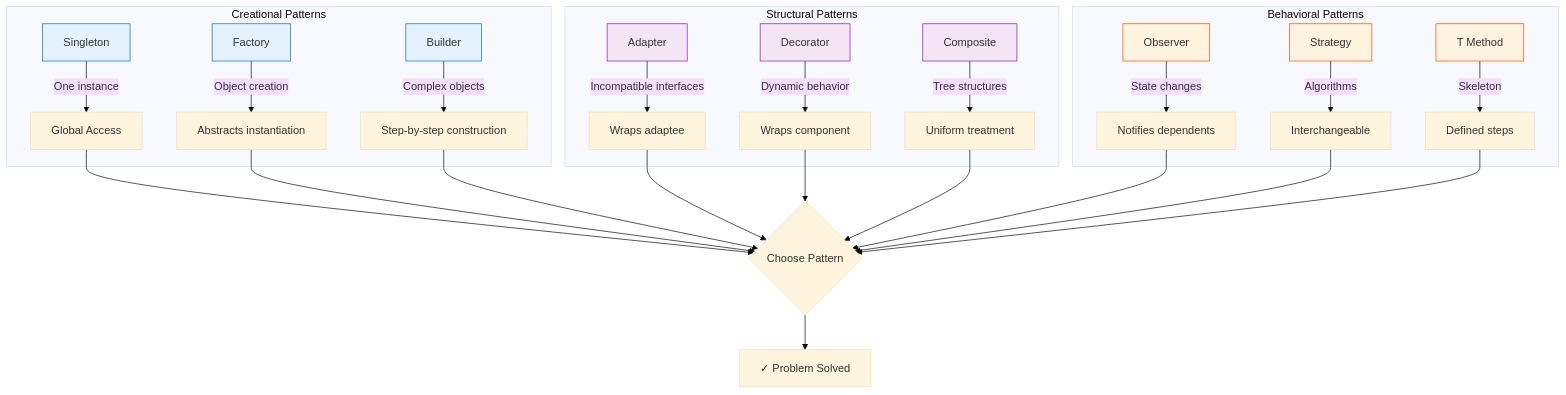
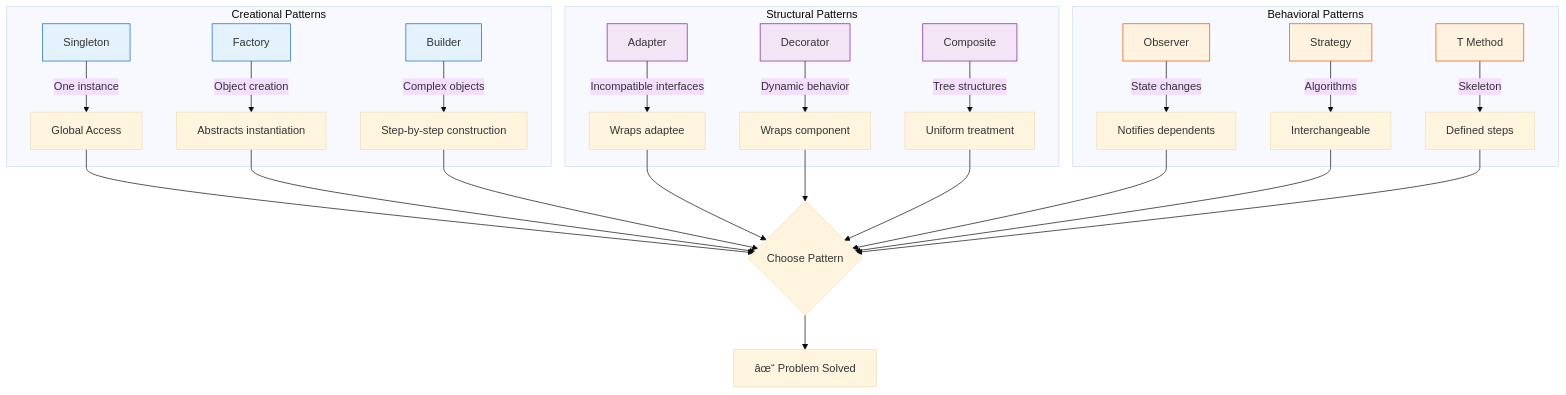
One commit to Raushan666java/ai-engineering-journey changed the second of 3 diagrams in docs/courses/software-engineering/05-design-implementation.md. Above: the diagram before and after it, drawn with Mermaid (base theme). The commit also changed other lines of this file and 735 other files, not shown here.

````diff
--- a/docs/courses/software-engineering/05-design-implementation.md
+++ b/docs/courses/software-engineering/05-design-implementation.md
@@ -617,36 +617,36 @@
 ```mermaid
 graph TD
     classDef creational fill:#e3f2fd,stroke:#1565c0
     classDef structural fill:#f3e5f5,stroke:#7b1fa2
     classDef behavioral fill:#fff3e0,stroke:#e65100
 
     subgraph "Creational Patterns"
         SING[Singleton]:::creational -->|One instance| GLOBAL[Global Access]
         FACT[Factory]:::creational -->|Object creation| ABSTRACT[Abstracts instantiation]
         BUILD[Builder]:::creational -->|Complex objects| STEPWISE[Step-by-step construction]
     end
 
     subgraph "Structural Patterns"
         ADAPT[Adapter]:::structural -->|Incompatible interfaces| WRAP[Wraps adaptee]
         DECOR[Decorator]:::structural -->|Dynamic behavior| WRAP2[Wraps component]
         COMP[Composite]:::structural -->|Tree structures| UNIFORM[Uniform treatment]
     end
 
     subgraph "Behavioral Patterns"
         OBS[Observer]:::behavioral -->|State changes| NOTIFY[Notifies dependents]
         STRAT[Strategy]:::behavioral -->|Algorithms| INTERCHANGE[Interchangeable]
         TEMPL[T Method]:::behavioral -->|Skeleton| STEPS[Defined steps]
     end
 
     GLOBAL --> CHOOSE{Choose Pattern}
     ABSTRACT --> CHOOSE
     STEPWISE --> CHOOSE
     WRAP --> CHOOSE
     WRAP2 --> CHOOSE
     UNIFORM --> CHOOSE
     NOTIFY --> CHOOSE
     INTERCHANGE --> CHOOSE
     STEPS --> CHOOSE
 
-    CHOOSE --> RESULT[✓ Problem Solved]
+    CHOOSE --> RESULT[âœ“ Problem Solved]
 ```
````
